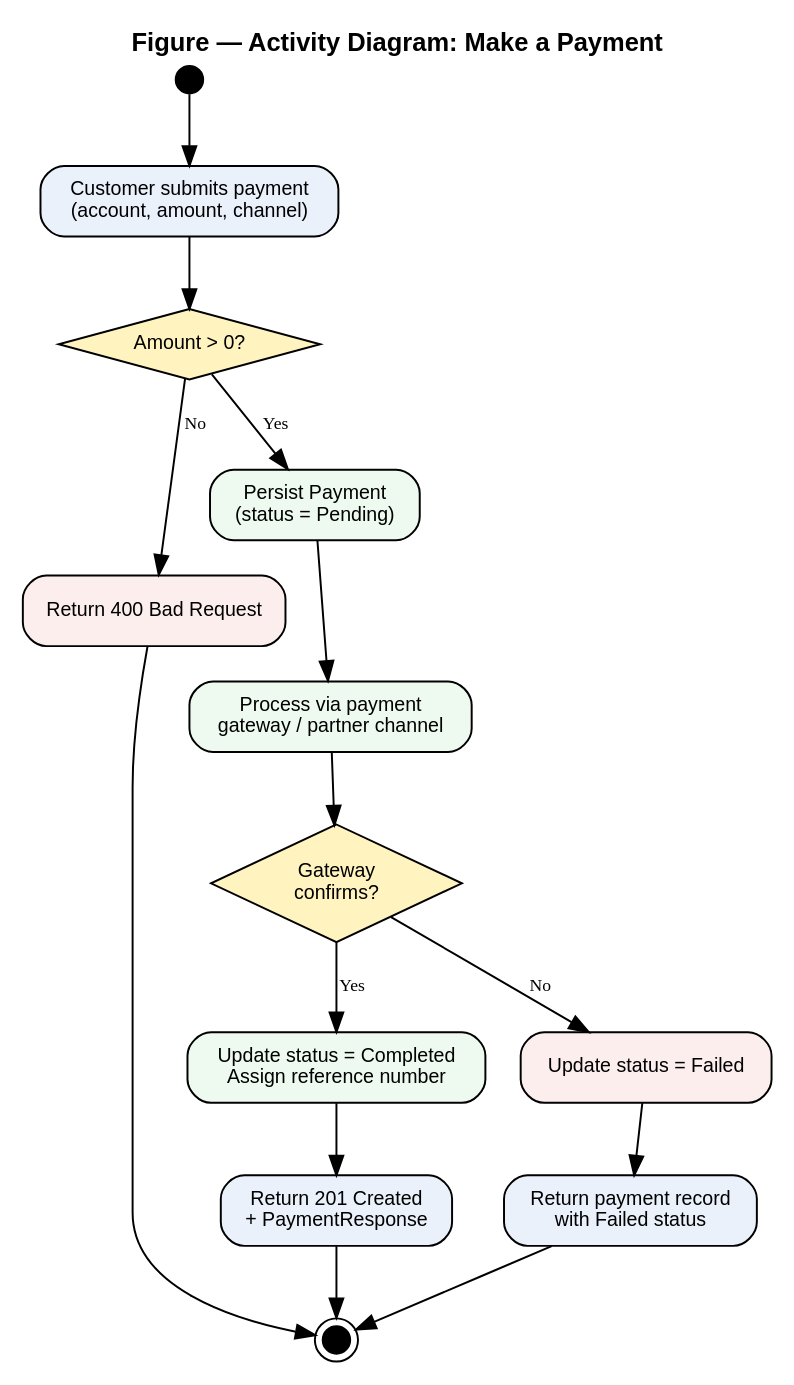
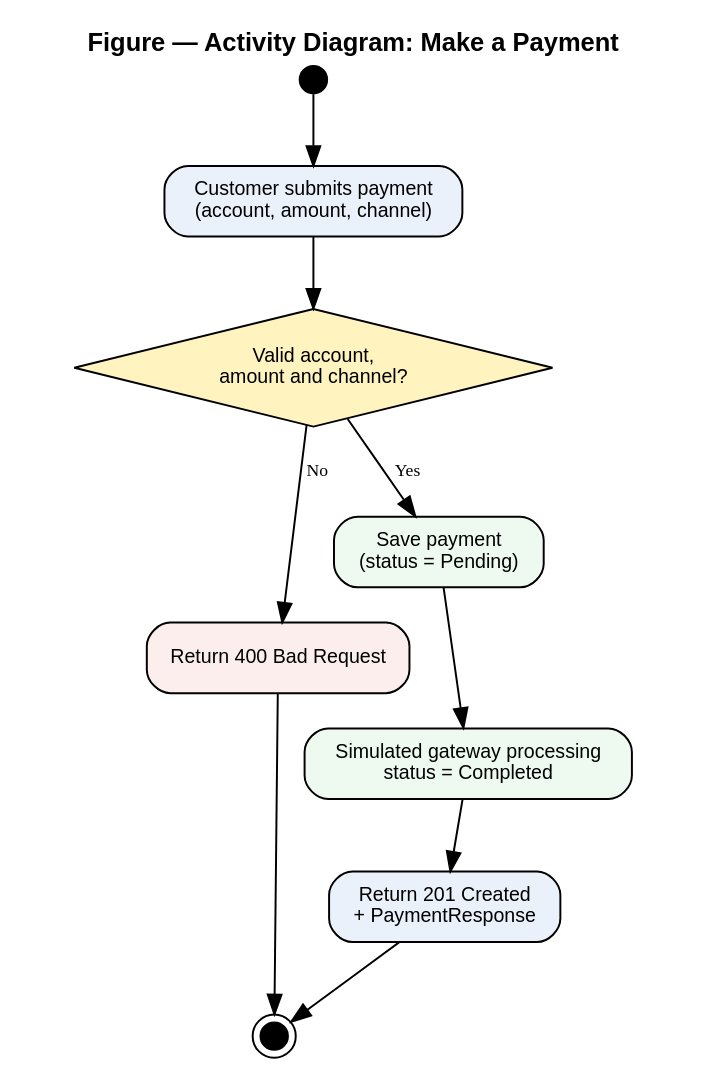
Before and after one commit to LinukaBandara/nwsdb-soc: the diagram in docs/diagrams/activity.dot, drawn with Graphviz.

Commit message:
Align payment activity diagram with implementation

```diff
--- a/docs/diagrams/activity.dot
+++ b/docs/diagrams/activity.dot
@@ -1,32 +1,24 @@
 digraph Activity {
     rankdir=TB;
     bgcolor="white";
     fontname="Helvetica";
     node [fontname="Helvetica" fontsize=10];
 
     start [shape=circle style=filled fillcolor=black width=0.2 label=""];
     submit [shape=box style="rounded,filled" fillcolor="#eaf1fb" label="Customer submits payment\n(account, amount, channel)"];
-    validate [shape=diamond style=filled fillcolor="#fff3bf" label="Amount > 0?"];
+    validate [shape=diamond style=filled fillcolor="#fff3bf" label="Valid account,\namount and channel?"];
     reject [shape=box style="rounded,filled" fillcolor="#fdeeee" label="Return 400 Bad Request"];
-    persistPending [shape=box style="rounded,filled" fillcolor="#eefaf0" label="Persist Payment\n(status = Pending)"];
-    processGateway [shape=box style="rounded,filled" fillcolor="#eefaf0" label="Process via payment\ngateway / partner channel"];
-    gatewayCheck [shape=diamond style=filled fillcolor="#fff3bf" label="Gateway\nconfirms?"];
-    markCompleted [shape=box style="rounded,filled" fillcolor="#eefaf0" label="Update status = Completed\nAssign reference number"];
-    markFailed [shape=box style="rounded,filled" fillcolor="#fdeeee" label="Update status = Failed"];
+    persistPending [shape=box style="rounded,filled" fillcolor="#eefaf0" label="Save payment\n(status = Pending)"];
+    complete [shape=box style="rounded,filled" fillcolor="#eefaf0" label="Simulated gateway processing\nstatus = Completed"];
     respond201 [shape=box style="rounded,filled" fillcolor="#eaf1fb" label="Return 201 Created\n+ PaymentResponse"];
-    respondFailed [shape=box style="rounded,filled" fillcolor="#eaf1fb" label="Return payment record\nwith Failed status"];
     endNode [shape=doublecircle style=filled fillcolor=black width=0.2 label="" fontsize=1];
 
     start -> submit -> validate;
     validate -> reject [label="No" fontsize=9];
     validate -> persistPending [label="Yes" fontsize=9];
-    persistPending -> processGateway -> gatewayCheck;
-    gatewayCheck -> markCompleted [label="Yes" fontsize=9];
-    gatewayCheck -> markFailed [label="No" fontsize=9];
-    markCompleted -> respond201 -> endNode;
-    markFailed -> respondFailed -> endNode;
+    persistPending -> complete -> respond201 -> endNode;
     reject -> endNode;
 
     label="Figure — Activity Diagram: Make a Payment";
     fontsize=13; fontname="Helvetica-Bold"; labelloc=t;
 }
```
